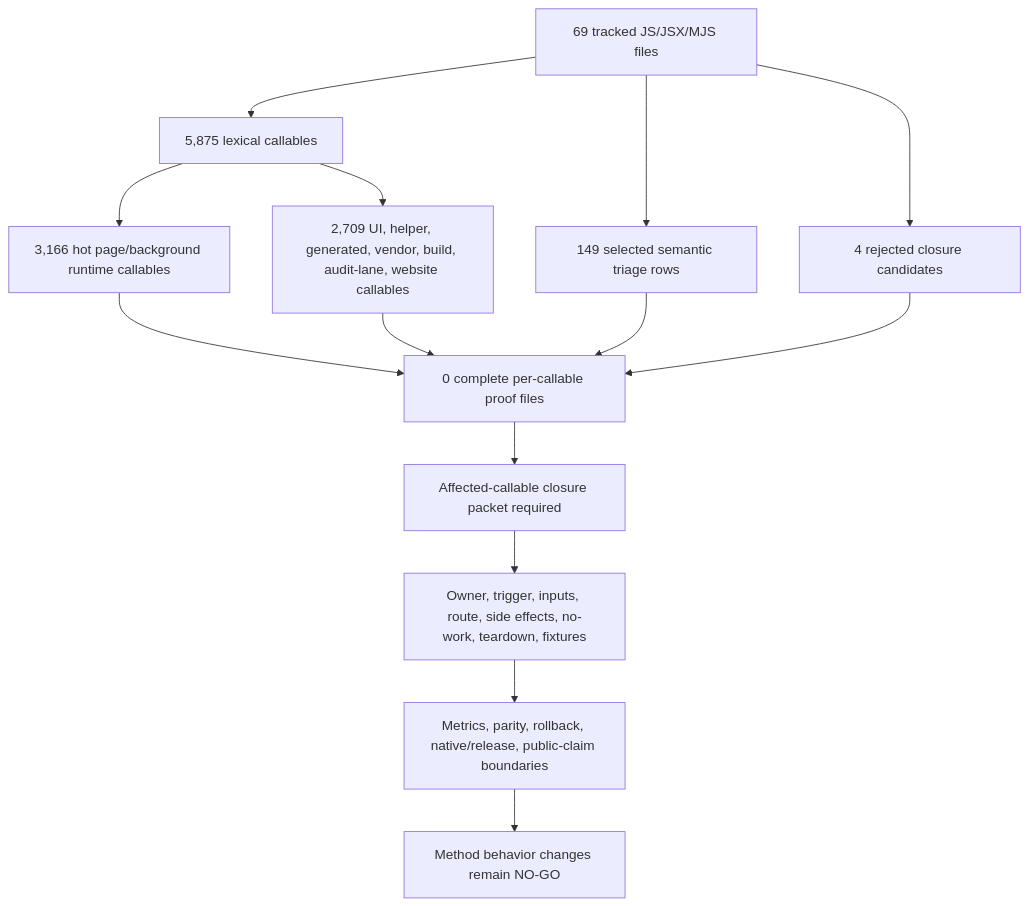
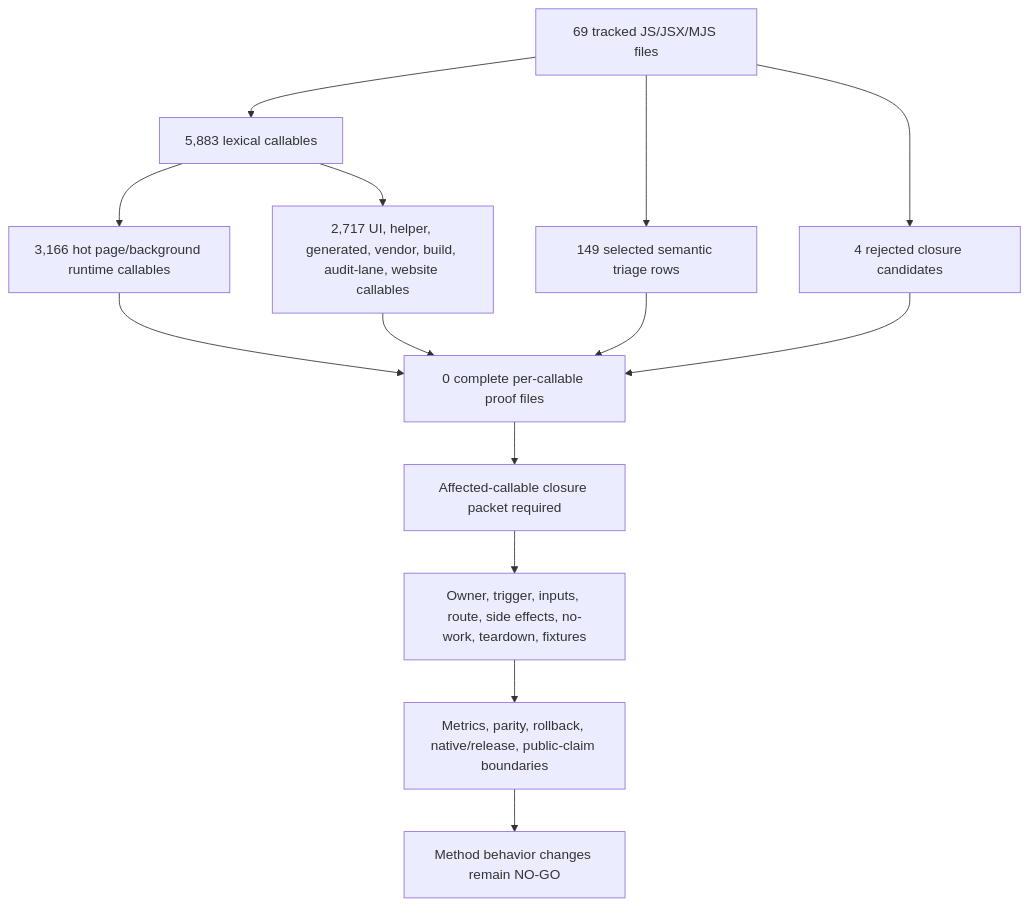
The first of 2 diagrams in docs/audit/FILTERTUBE_METHOD_SEMANTIC_PROOF_GAP_INDEX_CURRENT_BEHAVIOR_2026-05-25.md (varshneydevansh/FilterTube), drawn with Mermaid before and after one commit. The commit also changed other lines of this file and 49 other files, not shown here.

````diff
--- a/docs/audit/FILTERTUBE_METHOD_SEMANTIC_PROOF_GAP_INDEX_CURRENT_BEHAVIOR_2026-05-25.md
+++ b/docs/audit/FILTERTUBE_METHOD_SEMANTIC_PROOF_GAP_INDEX_CURRENT_BEHAVIOR_2026-05-25.md
@@ -144,16 +144,16 @@
 ```mermaid
 flowchart TD
-  A["69 tracked JS/JSX/MJS files"] --> B["5,875 lexical callables"]
+  A["69 tracked JS/JSX/MJS files"] --> B["5,883 lexical callables"]
   B --> C["3,166 hot page/background runtime callables"]
-  B --> D["2,709 UI, helper, generated, vendor, build, audit-lane, website callables"]
+  B --> D["2,717 UI, helper, generated, vendor, build, audit-lane, website callables"]
   A --> E["149 selected semantic triage rows"]
   A --> F["4 rejected closure candidates"]
   C --> G["0 complete per-callable proof files"]
   D --> G
   E --> G
   F --> G
   G --> H["Affected-callable closure packet required"]
   H --> I["Owner, trigger, inputs, route, side effects, no-work, teardown, fixtures"]
   I --> J["Metrics, parity, rollback, native/release, public-claim boundaries"]
   J --> K["Method behavior changes remain NO-GO"]
 ```
````
